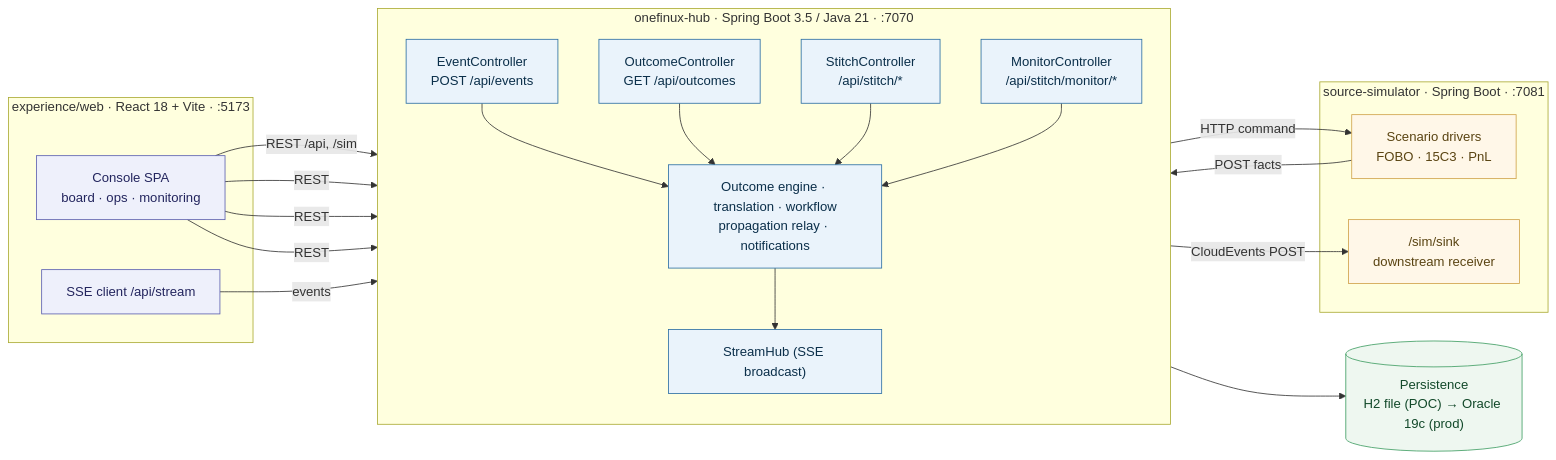
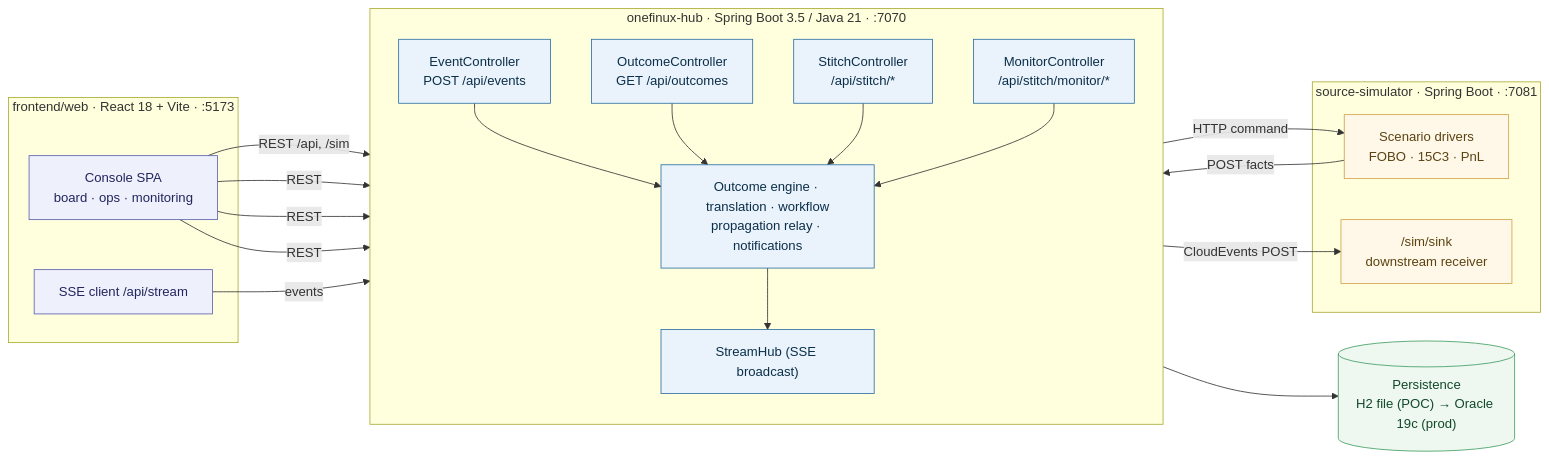
One commit to praveen2025work/onefinuxdemo changed the diagram in docs/exec/diagrams/02-deployment-containers.mmd. Above: the diagram before and after it, drawn with Mermaid. The commit also changed 44 other files, not shown here.

First line of the commit message:
rename: experience/ folder to frontend/

```diff
--- a/docs/exec/diagrams/02-deployment-containers.mmd
+++ b/docs/exec/diagrams/02-deployment-containers.mmd
@@ -1,47 +1,47 @@
 flowchart LR
   classDef app fill:#eaf3fb,stroke:#2b6ea3,color:#0b2f4a;
   classDef web fill:#eef0fb,stroke:#5b5fb0,color:#23255e;
   classDef sim fill:#fff7e8,stroke:#d0a24a,color:#5a4412;
   classDef store fill:#eef7f0,stroke:#3f9d63,color:#12492a;
 
-  subgraph WEB["experience/web · React 18 + Vite · :5173"]
+  subgraph WEB["frontend/web · React 18 + Vite · :5173"]
     UI["Console SPA<br/>board · ops · monitoring"]
     SSE["SSE client /api/stream"]
   end
 
   subgraph HUB["onefinux-hub · Spring Boot 3.5 / Java 21 · :7070"]
     direction TB
     EAPI["EventController<br/>POST /api/events"]
     OAPI["OutcomeController<br/>GET /api/outcomes"]
     SAPI["StitchController<br/>/api/stitch/*"]
     MAPI["MonitorController<br/>/api/stitch/monitor/*"]
     CORE["Outcome engine · translation · workflow<br/>propagation relay · notifications"]
     STR["StreamHub (SSE broadcast)"]
   end
 
   subgraph SIM["source-simulator · Spring Boot · :7081"]
     SCEN["Scenario drivers<br/>FOBO · 15C3 · PnL"]
     SINK["/sim/sink<br/>downstream receiver"]
   end
 
   DB[("Persistence<br/>H2 file (POC) → Oracle 19c (prod)")]
 
   UI -->|REST /api, /sim| EAPI
   UI -->|REST| OAPI
   UI -->|REST| SAPI
   UI -->|REST| MAPI
   SSE -->|events| STR
   SCEN -->|POST facts| EAPI
   CORE -->|HTTP command| SCEN
   CORE -->|CloudEvents POST| SINK
   EAPI --> CORE
   OAPI --> CORE
   SAPI --> CORE
   MAPI --> CORE
   CORE --> DB
   CORE --> STR
 
   class UI,SSE web
   class EAPI,OAPI,SAPI,MAPI,CORE,STR app
   class SCEN,SINK sim
   class DB store
```
